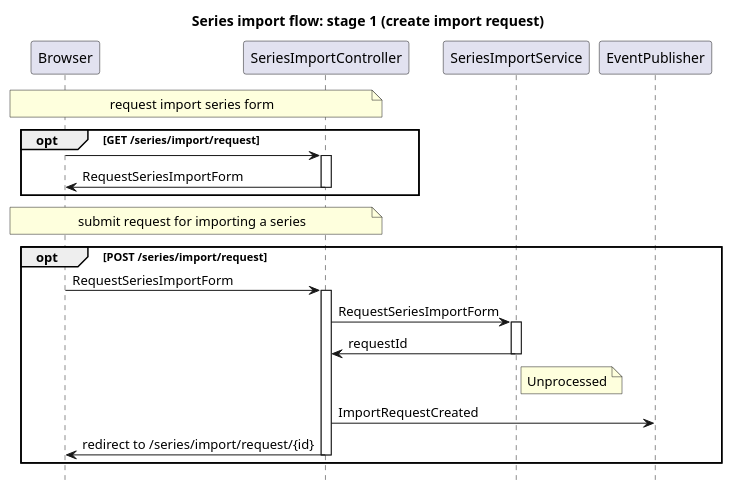
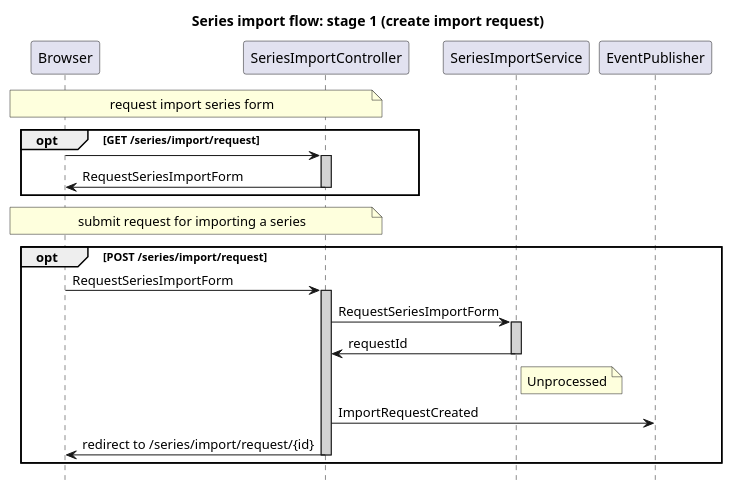
One commit to php-coder/mystamps changed the diagram in docs/diagrams/create-import-request.puml. Above: the diagram before and after it, drawn with PlantUML. The commit also changed 4 other files, not shown here.

First line of the commit message:
docs: highlight lifelines on diagrams

```diff
--- a/docs/diagrams/create-import-request.puml
+++ b/docs/diagrams/create-import-request.puml
@@ -1,37 +1,40 @@
 @startuml
 
 title Series import flow: stage 1 (create import request)
 hide footbox
+skinparam sequence {
+	LifeLineBackgroundColor LightGray
+}
 
 participant Browser
 participant SeriesImportController
 participant SeriesImportService
 participant EventPublisher
 
 note over Browser,SeriesImportController: request import series form
 opt GET /series/import/request
 Browser->SeriesImportController:
 activate SeriesImportController
 SeriesImportController->Browser: RequestSeriesImportForm
 deactivate SeriesImportController
 end
 
 note over Browser,SeriesImportController: submit request for importing a series
 opt POST /series/import/request
 
 Browser->SeriesImportController: RequestSeriesImportForm
 activate SeriesImportController
 
 SeriesImportController->SeriesImportService: RequestSeriesImportForm
 activate SeriesImportService
 SeriesImportService->SeriesImportController: requestId
 deactivate SeriesImportService
 note right of SeriesImportService: Unprocessed
 SeriesImportController->EventPublisher: ImportRequestCreated
 
 SeriesImportController->Browser: redirect to /series/import/request/{id}
 deactivate SeriesImportController
 
 end
 
 @enduml
```
